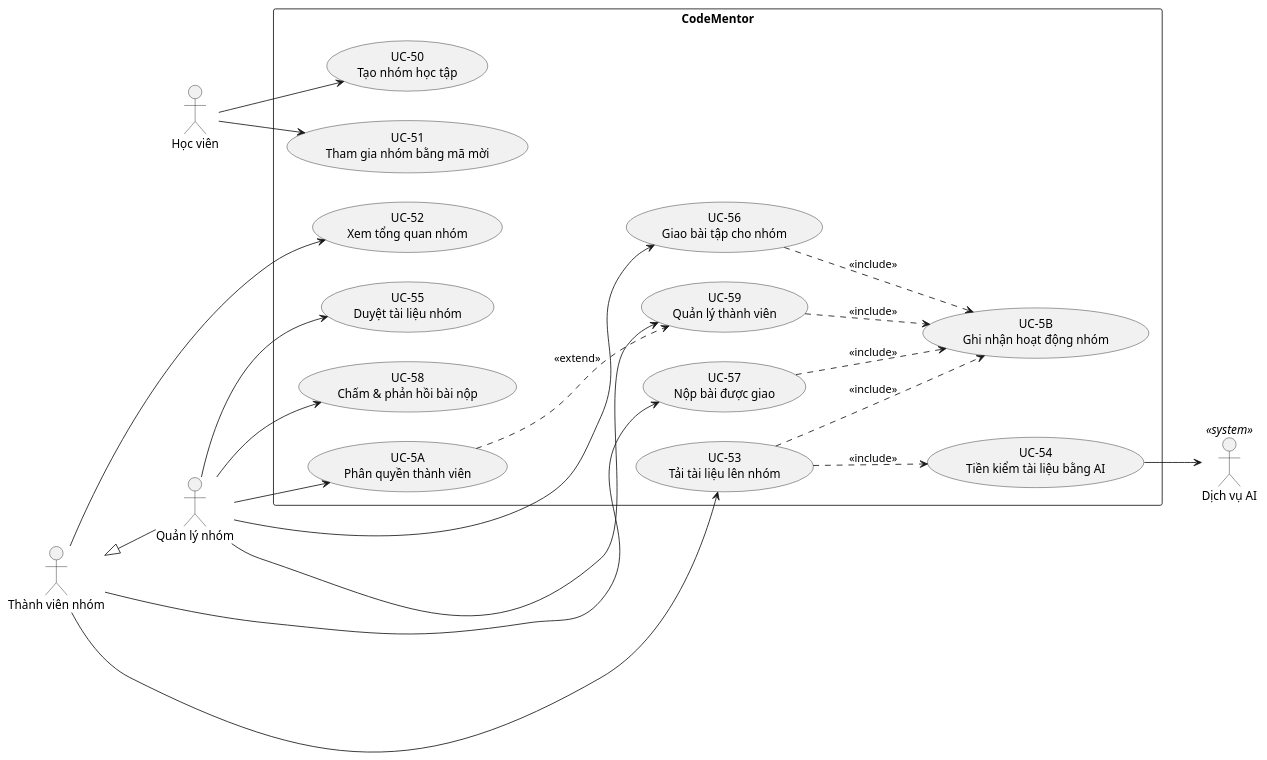
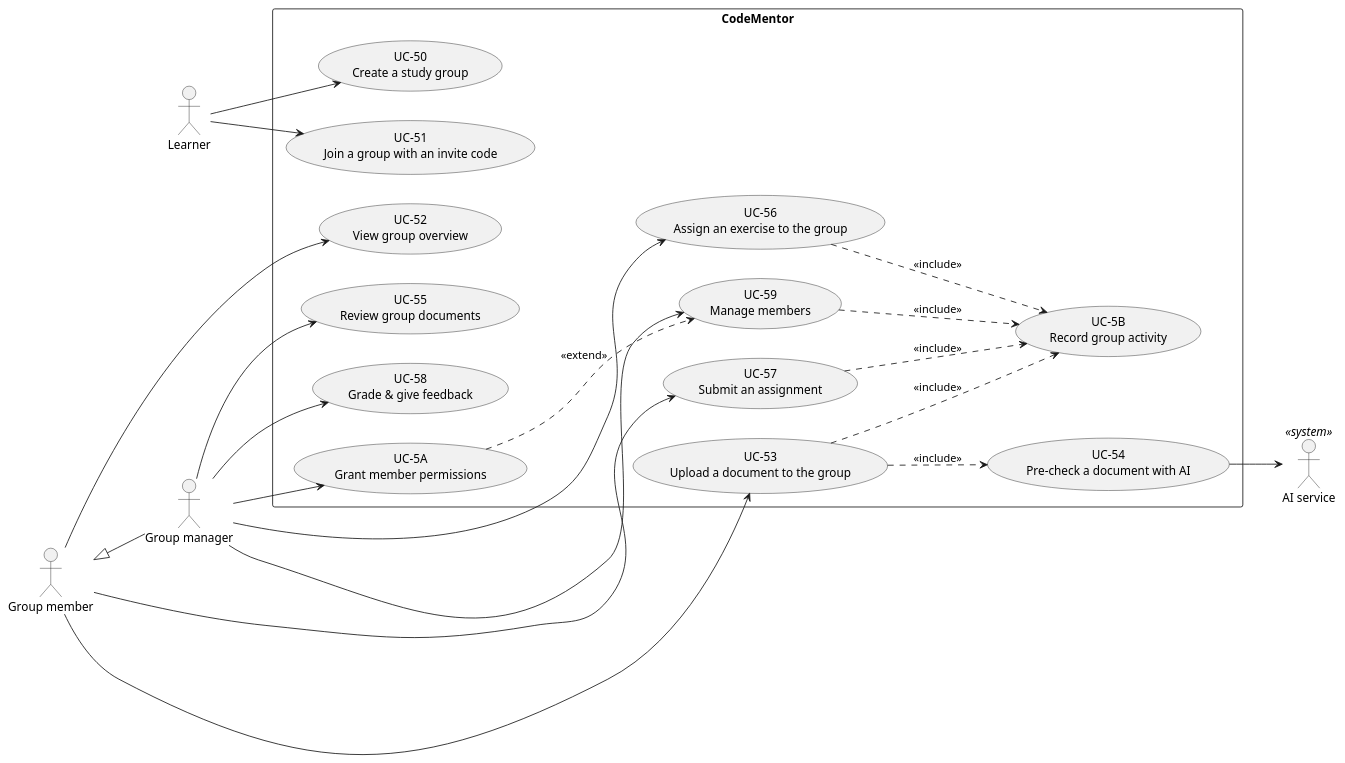
The seventh of 10 diagrams in docs/07-use-case-model.md (codementor-official/codementor-infra), drawn with PlantUML before and after one commit. The commit also changed other lines of this file and 16 other files, not shown here.

First line of the commit message:
docs: English README, use-case docs and diagrams

````diff
--- a/docs/07-use-case-model.md
+++ b/docs/07-use-case-model.md
@@ -414,46 +419,46 @@
 ```plantuml
 @startuml p6-groups
 left to right direction
 
-actor "Học viên" as Learner
-actor "Thành viên nhóm" as GMember
-actor "Quản lý nhóm" as GManager
+actor "Learner" as Learner
+actor "Group member" as GMember
+actor "Group manager" as GManager
 GMember <|-- GManager
 
 rectangle "CodeMentor" {
-  usecase "UC-50\nTạo nhóm học tập" as UC50
-  usecase "UC-51\nTham gia nhóm bằng mã mời" as UC51
-  usecase "UC-52\nXem tổng quan nhóm" as UC52
-  usecase "UC-53\nTải tài liệu lên nhóm" as UC53
-  usecase "UC-54\nTiền kiểm tài liệu bằng AI" as UC54
-  usecase "UC-55\nDuyệt tài liệu nhóm" as UC55
-  usecase "UC-56\nGiao bài tập cho nhóm" as UC56
-  usecase "UC-57\nNộp bài được giao" as UC57
-  usecase "UC-58\nChấm & phản hồi bài nộp" as UC58
-  usecase "UC-59\nQuản lý thành viên" as UC59
-  usecase "UC-5A\nPhân quyền thành viên" as UC5A
-  usecase "UC-5B\nGhi nhận hoạt động nhóm" as UC5B
+  usecase "UC-50\nCreate a study group" as UC50
+  usecase "UC-51\nJoin a group with an invite code" as UC51
+  usecase "UC-52\nView group overview" as UC52
+  usecase "UC-53\nUpload a document to the group" as UC53
+  usecase "UC-54\nPre-check a document with AI" as UC54
+  usecase "UC-55\nReview group documents" as UC55
+  usecase "UC-56\nAssign an exercise to the group" as UC56
+  usecase "UC-57\nSubmit an assignment" as UC57
+  usecase "UC-58\nGrade & give feedback" as UC58
+  usecase "UC-59\nManage members" as UC59
+  usecase "UC-5A\nGrant member permissions" as UC5A
+  usecase "UC-5B\nRecord group activity" as UC5B
 
   UC53 ..> UC54 : <<include>>
   UC53 ..> UC5B : <<include>>
   UC56 ..> UC5B : <<include>>
   UC57 ..> UC5B : <<include>>
   UC59 ..> UC5B : <<include>>
   UC5A ..> UC59 : <<extend>>
 }
 
-actor "Dịch vụ AI" as AI <<system>>
+actor "AI service" as AI <<system>>
 
 Learner  --> UC50
 Learner  --> UC51
 GMember  --> UC52
 GMember  --> UC53
 GMember  --> UC57
 GManager --> UC55
 GManager --> UC56
 GManager --> UC58
 GManager --> UC59
 GManager --> UC5A
 UC54 --> AI
 @enduml
 ```
````
